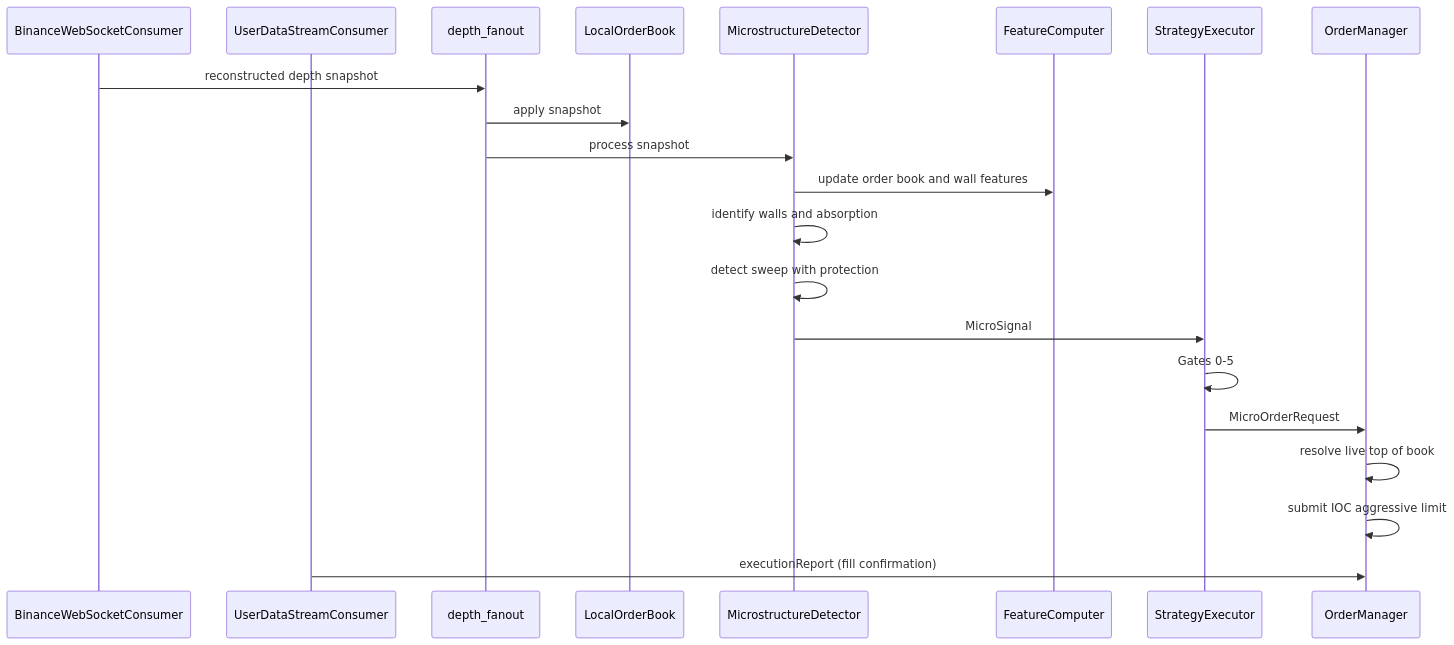
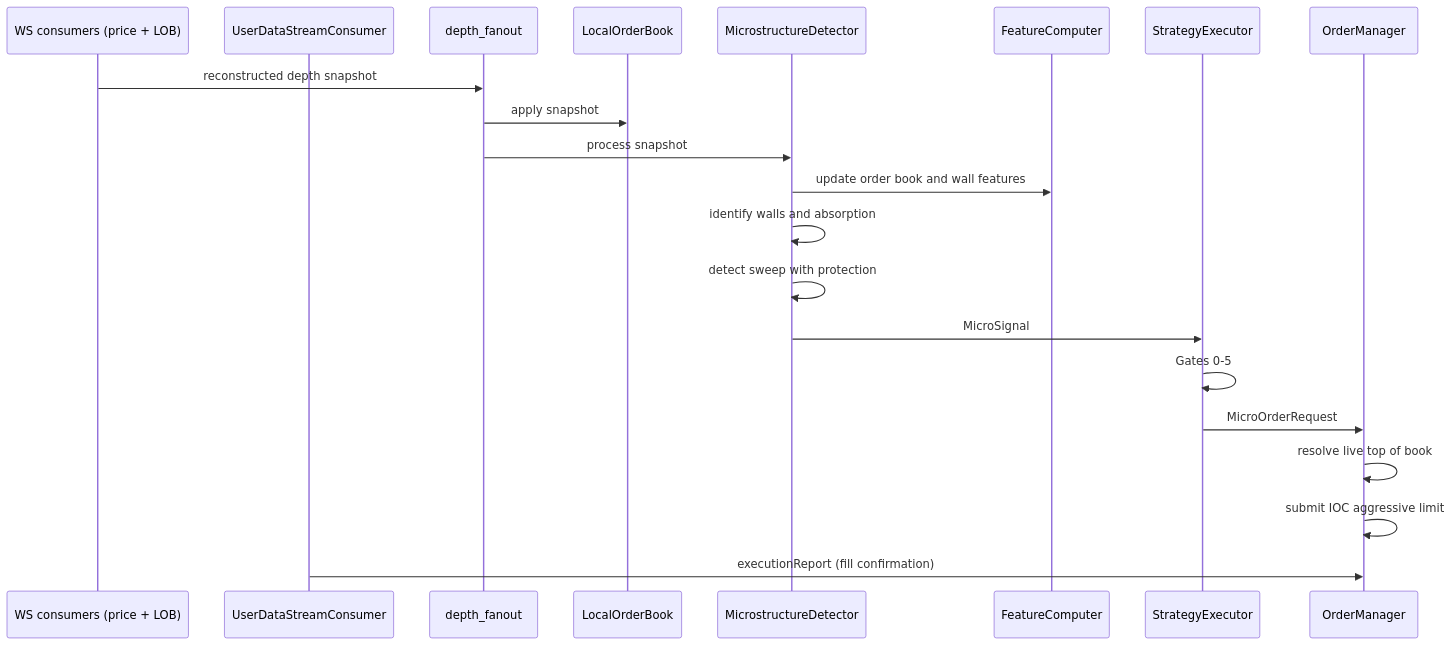
The second of 2 diagrams in documentation/algorithm.md (changjulian17/QF635_project), drawn with Mermaid before and after one commit. The commit also changed other lines of this file and 32 other files, not shown here.

````diff
--- a/documentation/algorithm.md
+++ b/documentation/algorithm.md
@@ -84,24 +86,24 @@
 ```mermaid
 sequenceDiagram
-    participant WS as BinanceWebSocketConsumer
+    participant WS as WS consumers (price + LOB)
     participant UDS as UserDataStreamConsumer
     participant Fanout as depth_fanout
     participant LOB as LocalOrderBook
     participant MS as MicrostructureDetector
     participant FC as FeatureComputer
     participant EXEC as StrategyExecutor
     participant OM as OrderManager
 
     WS->>Fanout: reconstructed depth snapshot
     Fanout->>LOB: apply snapshot
     Fanout->>MS: process snapshot
     MS->>FC: update order book and wall features
     MS->>MS: identify walls and absorption
     MS->>MS: detect sweep with protection
     MS->>EXEC: MicroSignal
     EXEC->>EXEC: Gates 0-5
     EXEC->>OM: MicroOrderRequest
     OM->>OM: resolve live top of book
     OM->>OM: submit IOC aggressive limit
     UDS->>OM: executionReport (fill confirmation)
 ```
````
